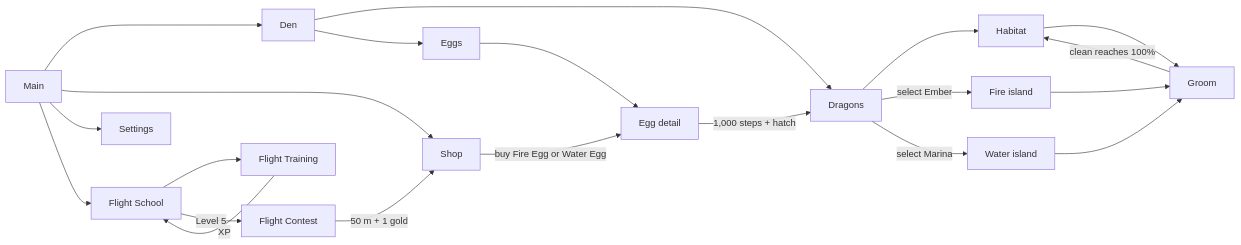
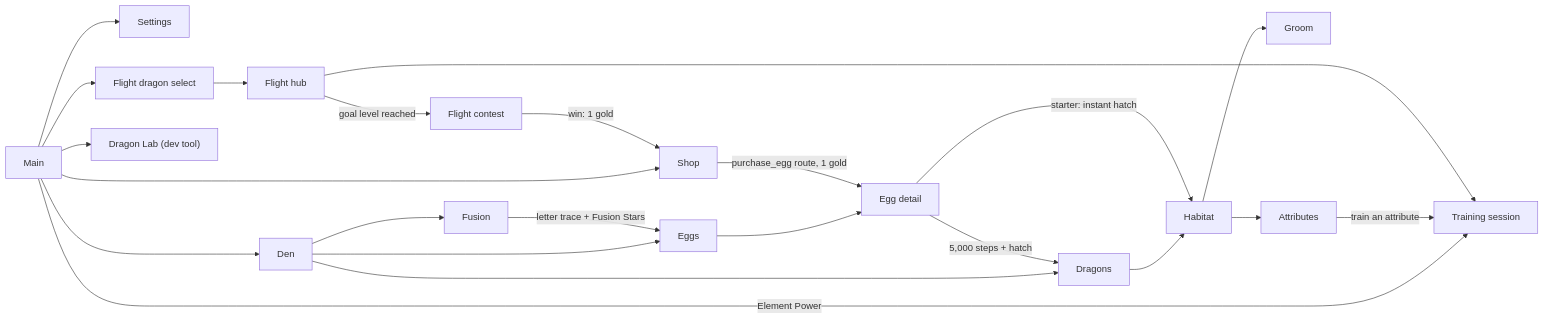
The second of 2 diagrams in docs/ARCHITECTURE.md (Jakob-Muel/DragosTimeToShine), drawn with Mermaid before and after one commit. The commit also changed other lines of this file and 15 other files, not shown here.

First line of the commit message:
docs: add agent guide, product decisions, status and roadmap

````diff
--- a/docs/ARCHITECTURE.md
+++ b/docs/ARCHITECTURE.md
@@ -53,23 +54,25 @@
 ```mermaid
 flowchart LR
     Main --> Den
     Main --> Shop
     Main --> Settings
-    Main --> FlightSchool["Flight School"]
+    Main --> FlightSelect["Flight dragon select"]
+    Main -->|Element Power| Session["Training session"]
+    Main --> Lab["Dragon Lab (dev tool)"]
     Den --> Dragons
     Den --> Eggs
+    Den --> Fusion
     Dragons --> Habitat
     Habitat --> Groom
+    Habitat --> Attributes
+    Attributes -->|train an attribute| Session
     Eggs --> EggDetail["Egg detail"]
-    Shop -->|buy Fire Egg or Water Egg| EggDetail
-    EggDetail -->|1,000 steps + hatch| Dragons
-    Dragons -->|select Ember| FireIsland["Fire island"]
-    Dragons -->|select Marina| WaterIsland["Water island"]
-    FireIsland --> Groom
-    WaterIsland --> Groom
-    FlightSchool --> Training["Flight Training"]
-    FlightSchool -->|Level 5| FlightContest["Flight Contest"]
-    Training -->|XP| FlightSchool
-    FlightContest -->|50 m + 1 gold| Shop
-    Groom -->|clean reaches 100%| Habitat
+    Shop -->|purchase_egg route, 1 gold| EggDetail
+    Fusion -->|letter trace + Fusion Stars| Eggs
+    EggDetail -->|starter: instant hatch| Habitat
+    EggDetail -->|5,000 steps + hatch| Dragons
+    FlightSelect --> FlightHub["Flight hub"]
+    FlightHub --> Session
+    FlightHub -->|goal level reached| FlightContest["Flight contest"]
+    FlightContest -->|win: 1 gold| Shop
 ```
````
